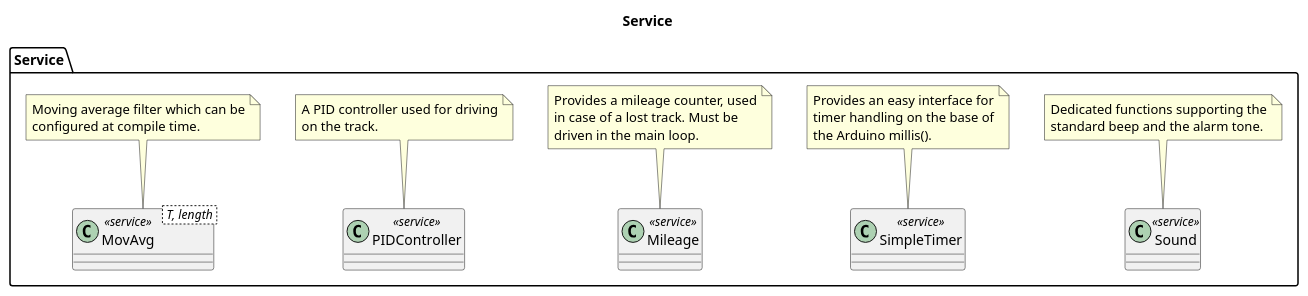
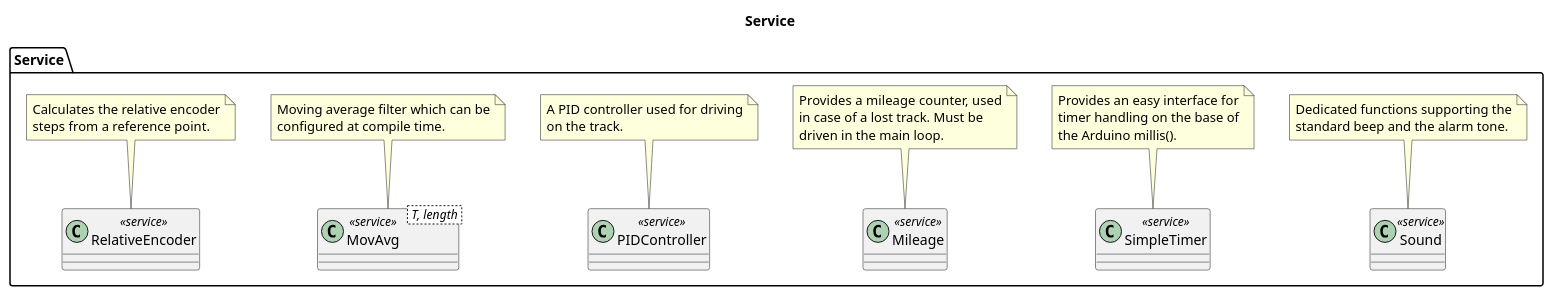
Before and after one commit to BlueAndi/RadonUlzer: the diagram in doc/architecture/uml/LogicalView/Service.plantuml, drawn with PlantUML. The commit also changed 16 other files, not shown here.

Commit message:
Relative encoder replaces the previous RelativeEncoders for simplicity. Line sensor calibration refactored.

```diff
--- a/doc/architecture/uml/LogicalView/Service.plantuml
+++ b/doc/architecture/uml/LogicalView/Service.plantuml
@@ -1,45 +1,52 @@
 @startuml
 
 title Service
 
 package "Service" as serviceLayer {
 
     class Sound <<service>>
 
     note top of Sound
         Dedicated functions supporting the
         standard beep and the alarm tone.
     end note
 
     class SimpleTimer <<service>>
 
     note top of SimpleTimer
         Provides an easy interface for
         timer handling on the base of
         the Arduino millis().
     end note
 
     class Mileage <<service>>
 
     note top of Mileage
         Provides a mileage counter, used
         in case of a lost track. Must be
         driven in the main loop.
     end note
 
     class PIDController <<service>>
 
     note top of PIDController
         A PID controller used for driving
         on the track.
     end note
 
     class MovAvg < T, length > <<service>>
 
     note top of MovAvg
         Moving average filter which can be
         configured at compile time.
     end note
+
+    class RelativeEncoder <<service>>
+
+    note top of RelativeEncoder
+        Calculates the relative encoder
+        steps from a reference point.
+    end note
 }
 
 @enduml
```
